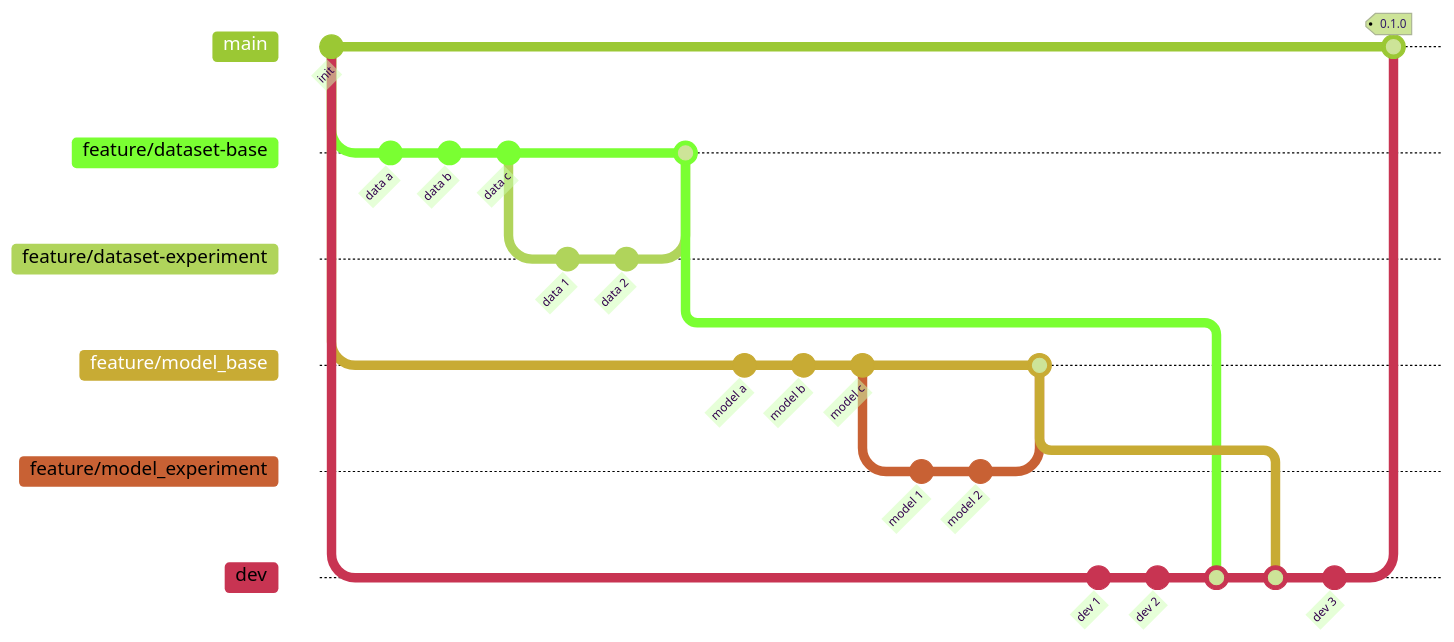
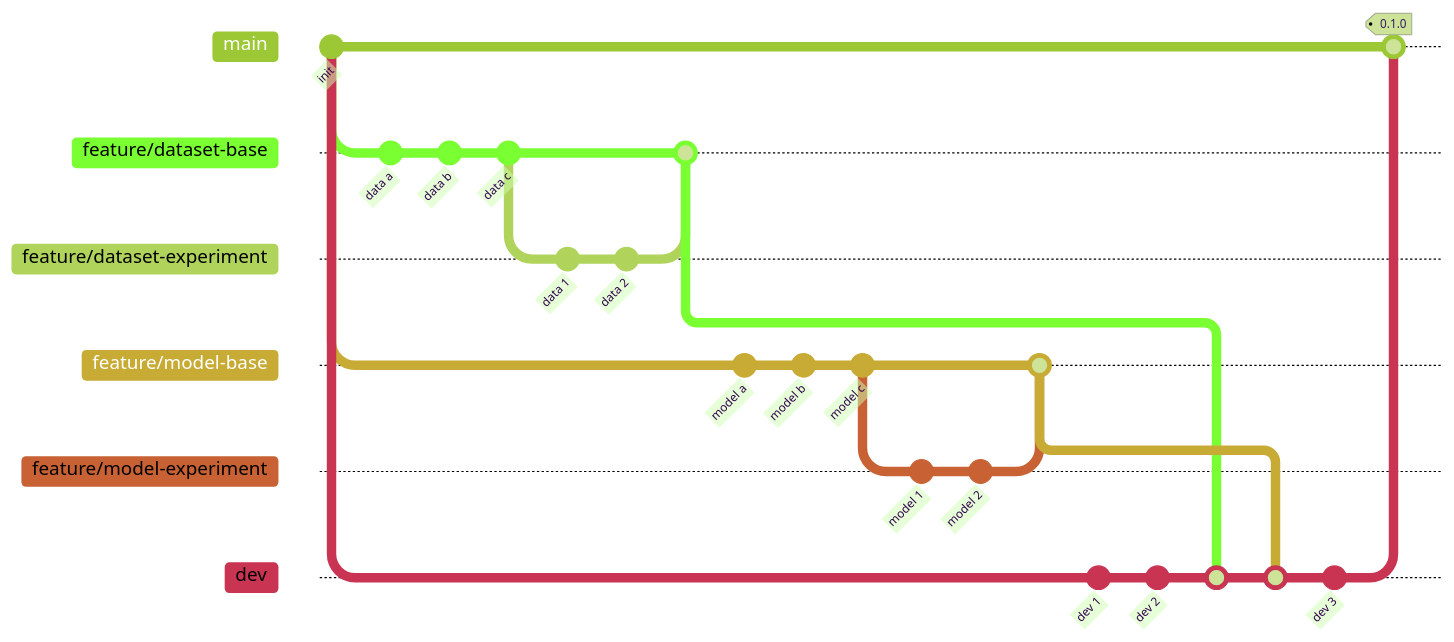
The diagram in README.md (hydra-drones/DroneRescue), drawn with Mermaid (forest theme) before and after one commit.

````diff
--- a/README.md
+++ b/README.md
@@ -33,51 +33,51 @@
 ```mermaid
 gitGraph
    commit id: "init"
 
    branch feature/dataset-base
    checkout feature/dataset-base
    commit id: "data a"
    commit id: "data b"
    commit id: "data c"
 
    branch feature/dataset-experiment
    checkout feature/dataset-experiment
    commit id: "data 1"
    commit id: "data 2"
    checkout feature/dataset-base
    merge feature/dataset-experiment
 
    checkout main
 
-   branch feature/model_base
-   checkout feature/model_base
+   branch feature/model-base
+   checkout feature/model-base
    commit id: "model a"
    commit id: "model b"
    commit id: "model c"
 
-   branch feature/model_experiment
-   checkout feature/model_experiment
+   branch feature/model-experiment
+   checkout feature/model-experiment
    commit id: "model 1"
    commit id: "model 2"
-   checkout feature/model_base
-   merge feature/model_experiment
+   checkout feature/model-base
+   merge feature/model-experiment
 
    checkout main
 
    branch dev
    checkout dev
    commit id: "dev 1"
    commit id: "dev 2"
 
    checkout feature/dataset-base
    checkout dev
    merge feature/dataset-base
 
-   checkout feature/model_base
+   checkout feature/model-base
    checkout dev
-   merge feature/model_base
+   merge feature/model-base
    commit id: "dev 3"
 
    checkout main
    merge dev tag: "0.1.0"
 ```
````
